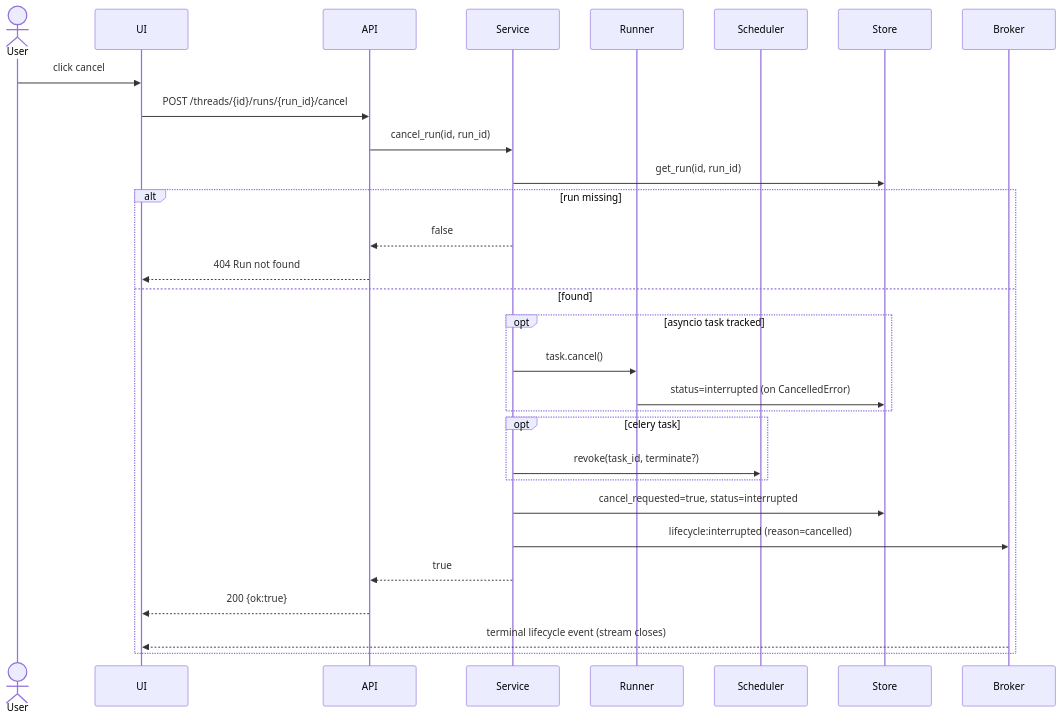
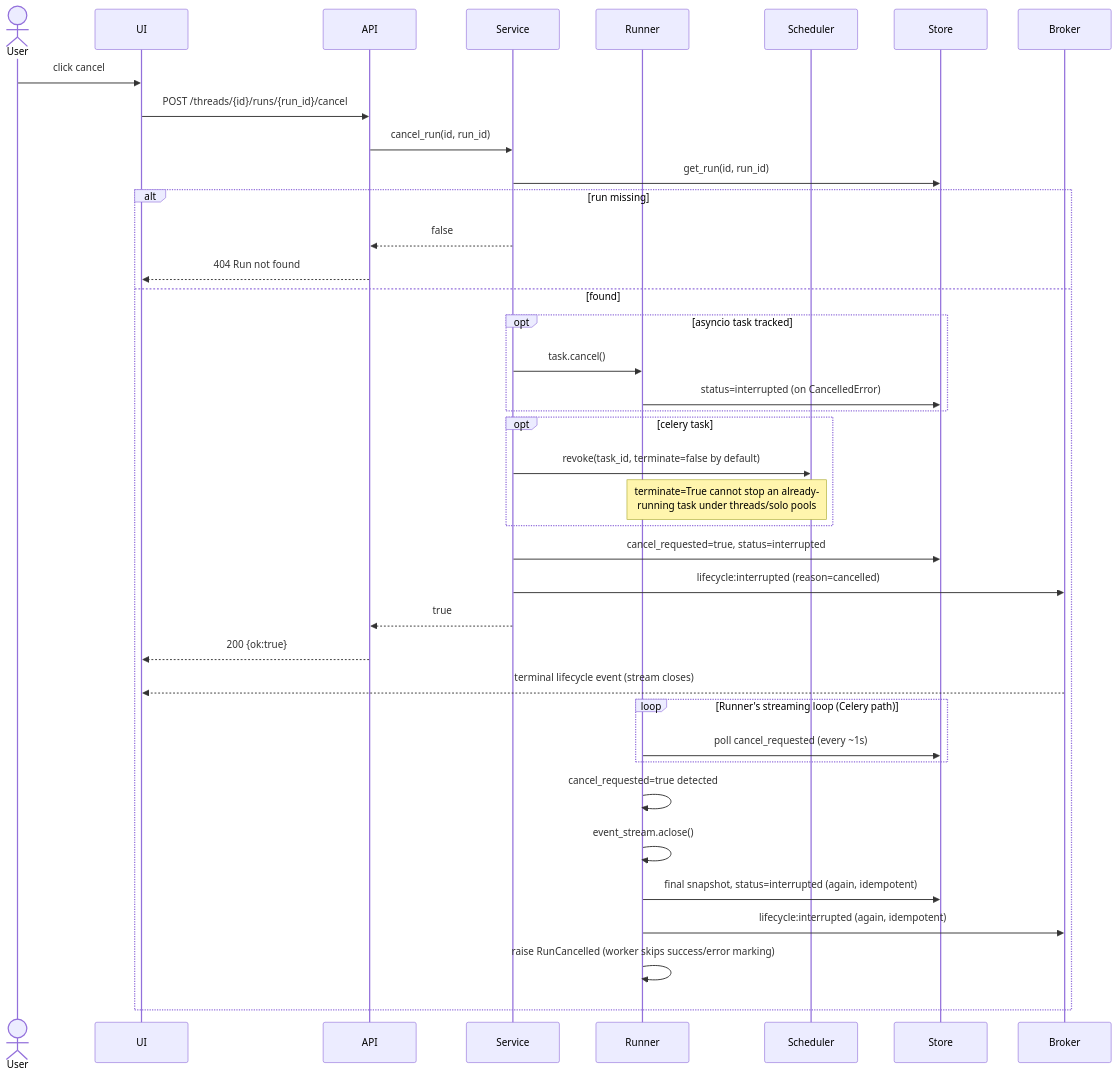
The first of 2 diagrams in docs/use-cases/04-cancel-run.md (aa2051995/deep-agent-ga), drawn with Mermaid before and after one commit. The commit also changed other lines of this file and 6 other files, not shown here.

````diff
--- a/docs/use-cases/04-cancel-run.md
+++ b/docs/use-cases/04-cancel-run.md
@@ -31,33 +44,42 @@
 ```mermaid
 sequenceDiagram
     actor User
     participant UI
     participant API
     participant Service
     participant Runner
     participant Scheduler
     participant Store
     participant Broker
 
     User->>UI: click cancel
     UI->>API: POST /threads/{id}/runs/{run_id}/cancel
     API->>Service: cancel_run(id, run_id)
     Service->>Store: get_run(id, run_id)
     alt run missing
         Service-->>API: false
         API-->>UI: 404 Run not found
     else found
         opt asyncio task tracked
             Service->>Runner: task.cancel()
             Runner->>Store: status=interrupted (on CancelledError)
         end
         opt celery task
-            Service->>Scheduler: revoke(task_id, terminate?)
+            Service->>Scheduler: revoke(task_id, terminate=false by default)
+            Note over Scheduler,Runner: terminate=True cannot stop an already-<br/>running task under threads/solo pools
         end
         Service->>Store: cancel_requested=true, status=interrupted
         Service->>Broker: lifecycle:interrupted (reason=cancelled)
         Service-->>API: true
         API-->>UI: 200 {ok:true}
         Broker-->>UI: terminal lifecycle event (stream closes)
+        loop Runner's streaming loop (Celery path)
+            Runner->>Store: poll cancel_requested (every ~1s)
+        end
+        Runner->>Runner: cancel_requested=true detected
+        Runner->>Runner: event_stream.aclose()
+        Runner->>Store: final snapshot, status=interrupted (again, idempotent)
+        Runner->>Broker: lifecycle:interrupted (again, idempotent)
+        Runner->>Runner: raise RunCancelled (worker skips success/error marking)
     end
 ```
````
